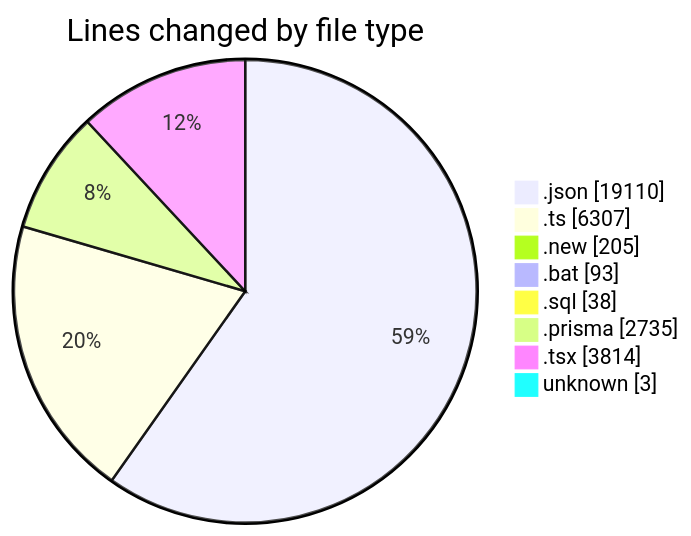
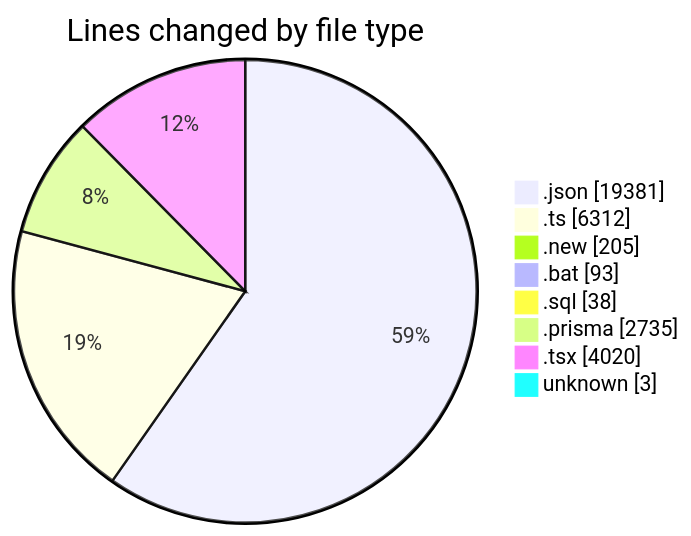
One commit to CELIANVF/code-tracking changed the first of 2 diagrams in 2025-05-20/ecodeli-1/README.md. Above: the diagram before and after it, drawn with Mermaid. The commit also changed other lines of this file and 1 other file, not shown here.

````diff
--- a/2025-05-20/ecodeli-1/README.md
+++ b/2025-05-20/ecodeli-1/README.md
@@ -72,12 +73,12 @@
 ```mermaid
 pie showData
 title Lines changed by file type
-".json" : 19110
-".ts" : 6307
+".json" : 19381
+".ts" : 6312
 ".new" : 205
 ".bat" : 93
 ".sql" : 38
 ".prisma" : 2735
-".tsx" : 3814
+".tsx" : 4020
 "unknown" : 3
 ```
````
